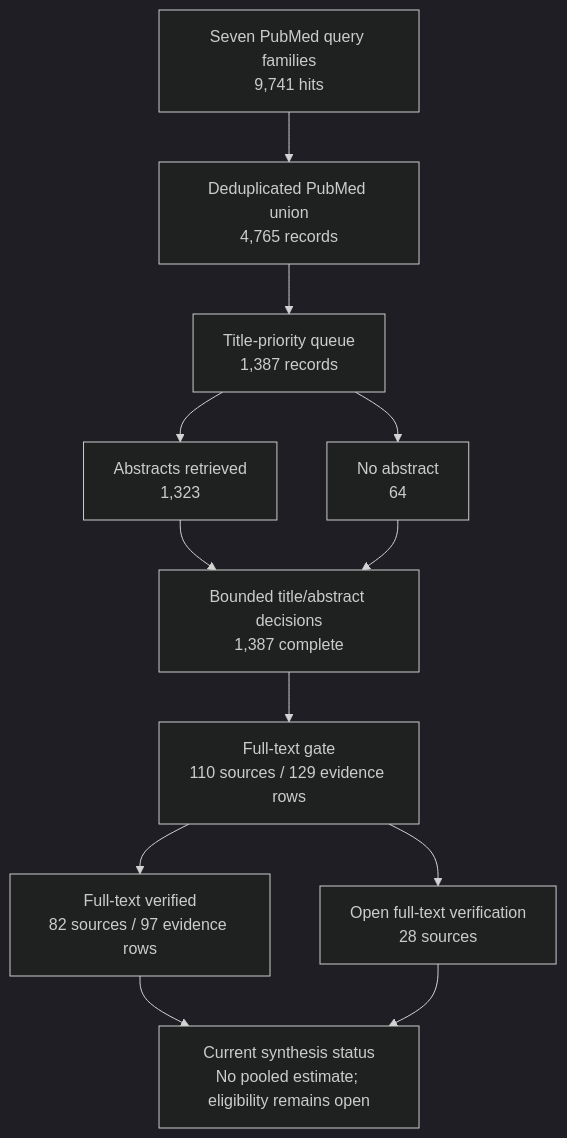
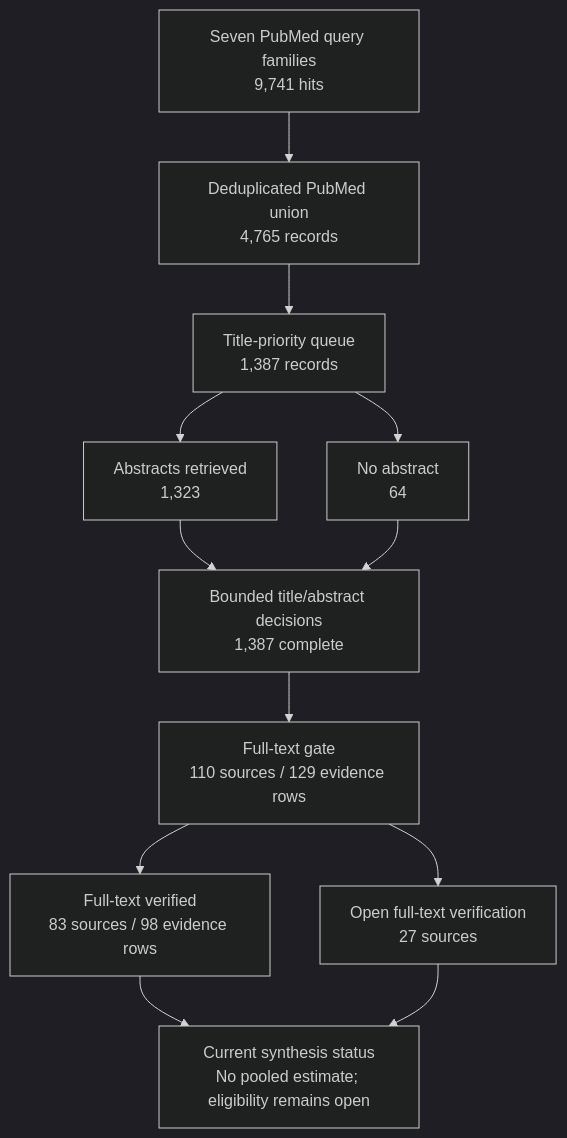
One commit to dcmcshan/artemisia changed the diagram in manuscript/figures/figure-3-review-flow.mmd. Above: the diagram before and after it, drawn with Mermaid (dark theme). The commit also changed 19 other files, not shown here.

```diff
--- a/manuscript/figures/figure-3-review-flow.mmd
+++ b/manuscript/figures/figure-3-review-flow.mmd
@@ -1,12 +1,12 @@
 flowchart TD
   A["Seven PubMed query families<br/>9,741 hits"] --> B["Deduplicated PubMed union<br/>4,765 records"]
   B --> C["Title-priority queue<br/>1,387 records"]
   C --> D["Abstracts retrieved<br/>1,323"]
   C --> E["No abstract<br/>64"]
   D --> F["Bounded title/abstract decisions<br/>1,387 complete"]
   E --> F
   F --> G["Full-text gate<br/>110 sources / 129 evidence rows"]
-  G --> H["Full-text verified<br/>82 sources / 97 evidence rows"]
-  G --> I["Open full-text verification<br/>28 sources"]
+  G --> H["Full-text verified<br/>83 sources / 98 evidence rows"]
+  G --> I["Open full-text verification<br/>27 sources"]
   H --> J["Current synthesis status<br/>No pooled estimate; eligibility remains open"]
   I --> J
```
